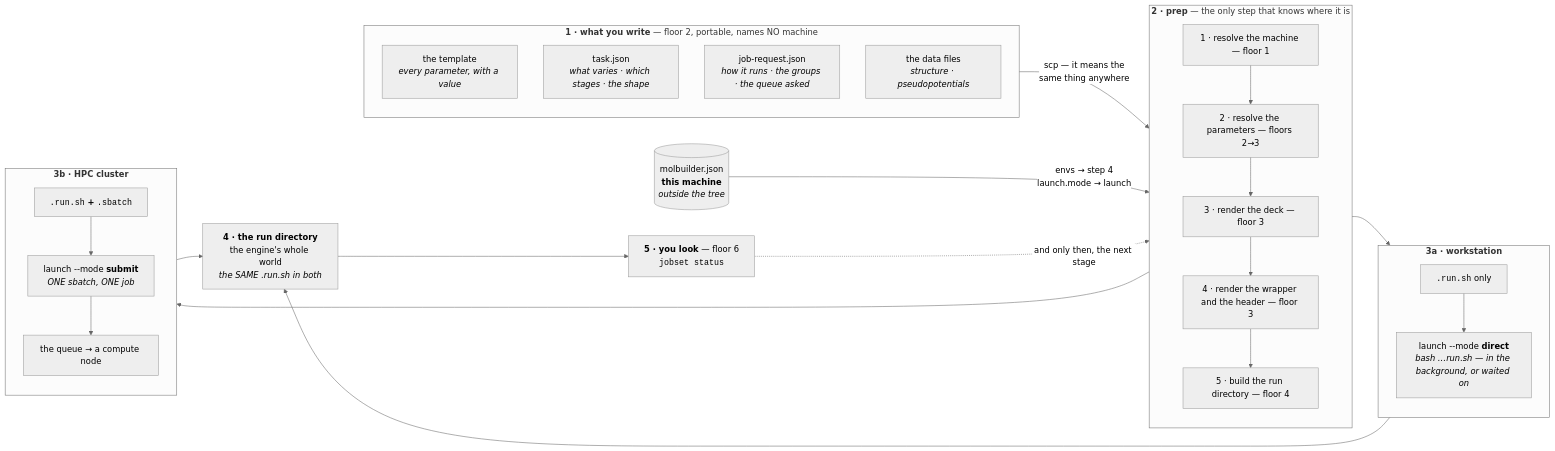
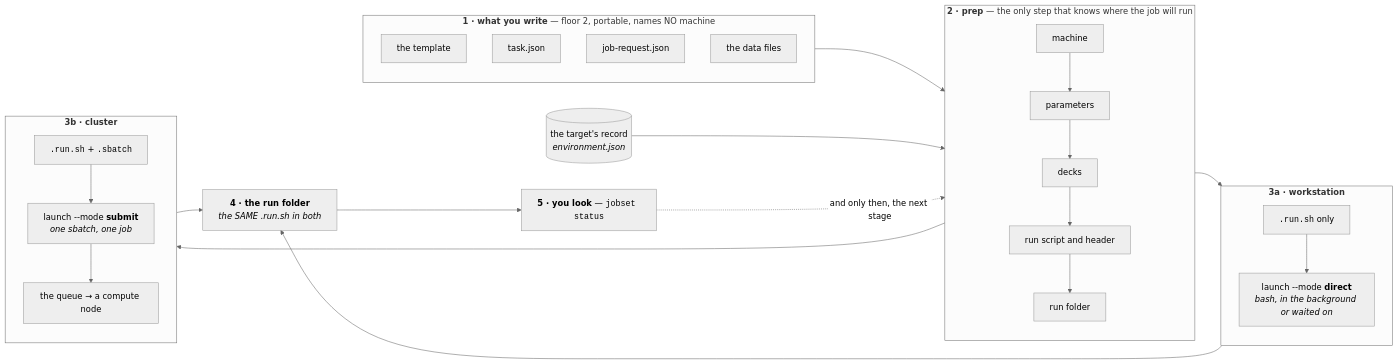
The sixth of 7 diagrams in docs/execution/architecture.md (Qing-LAB/molbuilder), drawn with Mermaid (neutral theme) before and after one commit. The commit also changed other lines of this file and 30 other files, not shown here.

````diff
--- a/docs/execution/architecture.md
+++ b/docs/execution/architecture.md
@@ -1458,47 +1282,32 @@
 ```mermaid
 flowchart LR
     subgraph PORT["<b>1 · what you write</b> — floor 2, portable, names NO machine"]
       direction TB
-      T["the template<br/><i>every parameter, with a value</i>"]
-      TJ["task.json<br/><i>what varies · which stages · the shape</i>"]
-      JRQ["job-request.json<br/><i>how it runs · the groups · the queue asked</i>"]
-      DAT["the data files<br/><i>structure · pseudopotentials</i>"]
+      T["the template"]
+      TJ["task.json"]
+      JRQ["job-request.json"]
+      DAT["the data files"]
     end
-
-    CFG[("molbuilder.json<br/><b>this machine</b><br/><i>outside the tree</i>")]
-
-    subgraph PREP["<b>2 · prep</b> — the only step that knows where it is"]
+    REC[("the target's record<br/><i>environment.json</i>")]
+    subgraph PREP["<b>2 · prep</b> — the only step that knows where the job will run"]
       direction TB
-      S1["1 · resolve the machine — floor 1"]
-      S2["2 · resolve the parameters — floors 2→3"]
-      S3["3 · render the deck — floor 3"]
-      S4["4 · render the wrapper and the header — floor 3"]
-      S5["5 · build the run directory — floor 4"]
-      S1 --> S2 --> S3 --> S4 --> S5
+      S1["machine"] --> S2["parameters"] --> S3["decks"] --> S4["run script and header"] --> S5["run folder"]
     end
-
     subgraph WS["<b>3a · workstation</b>"]
       direction TB
-      WA["<code>.run.sh</code> only"]
-      WB["launch --mode <b>direct</b><br/><i>bash …run.sh — in the background, or waited on</i>"]
-      WA --> WB
+      WA["<code>.run.sh</code> only"] --> WB["launch --mode <b>direct</b><br/><i>bash, in the background or waited on</i>"]
     end
-    subgraph HPC["<b>3b · HPC cluster</b>"]
+    subgraph HPC["<b>3b · cluster</b>"]
       direction TB
-      HA["<code>.run.sh</code> <b>+</b> <code>.sbatch</code>"]
-      HB["launch --mode <b>submit</b><br/><i>ONE sbatch, ONE job</i>"]
-      HC["the queue → a compute node"]
-      HA --> HB --> HC
+      HA["<code>.run.sh</code> + <code>.sbatch</code>"] --> HB["launch --mode <b>submit</b><br/><i>one sbatch, one job</i>"] --> HC["the queue → a compute node"]
     end
-
-    RUN["<b>4 · the run directory</b><br/>the engine's whole world<br/><i>the SAME .run.sh in both</i>"]
-    OBS["<b>5 · you look</b> — floor 6<br/><code>jobset status</code>"]
-
-    PORT -->|"scp — it means the<br/>same thing anywhere"| PREP
-    CFG -->|"envs → step 4<br/>launch.mode → launch"| PREP
+    RUN["<b>4 · the run folder</b><br/><i>the SAME .run.sh in both</i>"]
+    OBS["<b>5 · you look</b> — <code>jobset status</code>"]
+    PORT --> PREP
+    REC --> PREP
     PREP --> WS & HPC
     WS --> RUN
     HPC --> RUN
     RUN --> OBS
     OBS -.->|"and only then, the next stage"| PREP
 ```
````
